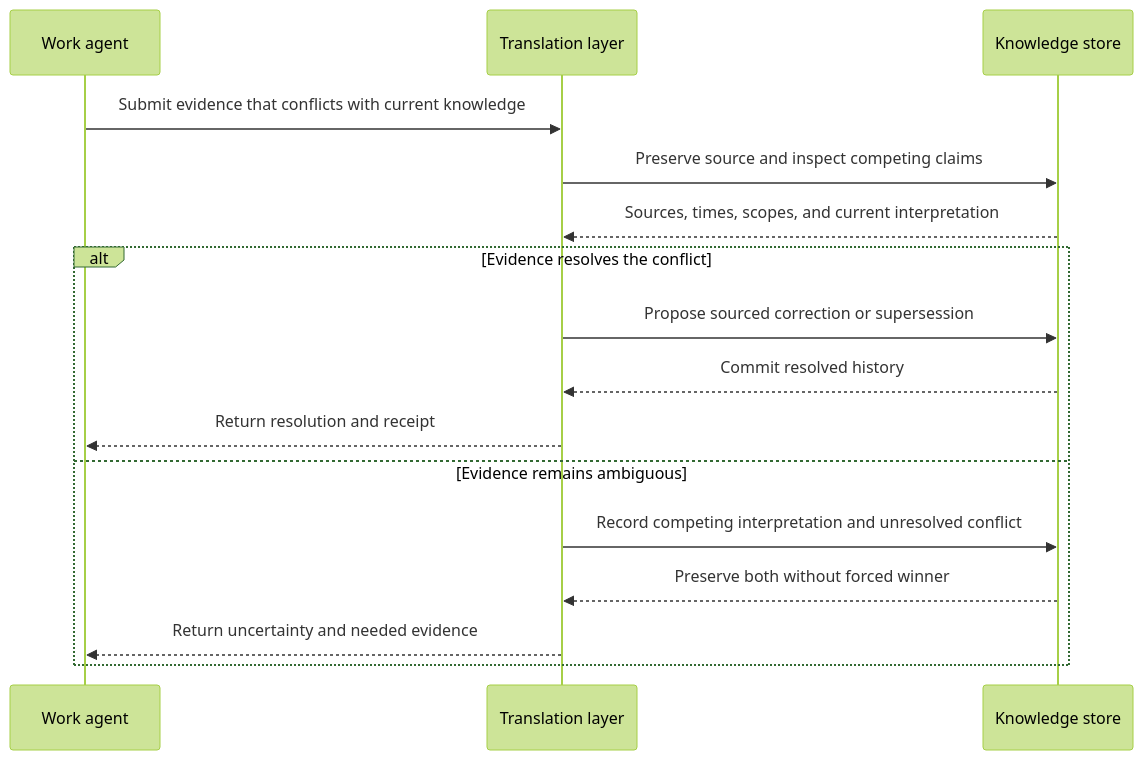
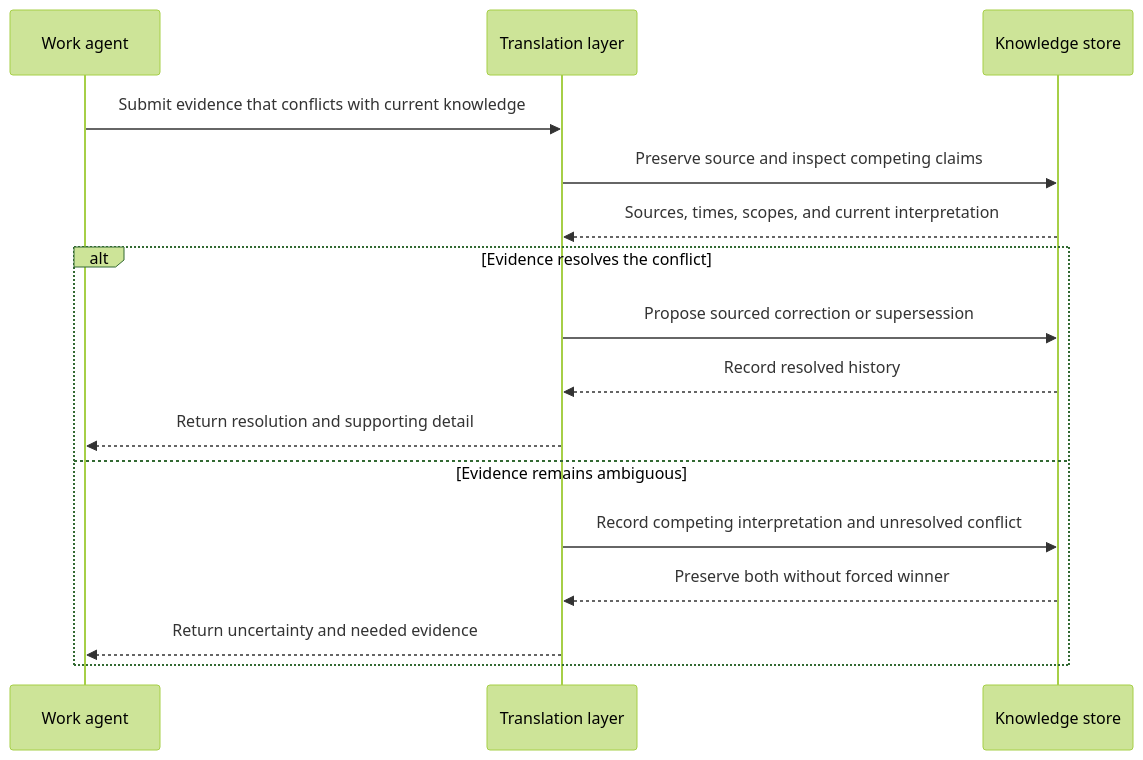
Before and after one commit to Coldaine/KNOWLEDGECRITICALSTRUCTUREPATRICKPLEASE: the fourth of 8 diagrams in docs/workflows.md, drawn with Mermaid (forest theme). The commit also changed other lines of this file and 9 other files, not shown here.

````diff
--- a/docs/workflows.md
+++ b/docs/workflows.md
@@ -167,18 +167,18 @@
 ```mermaid
 sequenceDiagram
     participant W as Work agent
     participant T as Translation layer
     participant K as Knowledge store
     W->>T: Submit evidence that conflicts with current knowledge
     T->>K: Preserve source and inspect competing claims
     K-->>T: Sources, times, scopes, and current interpretation
     alt Evidence resolves the conflict
         T->>K: Propose sourced correction or supersession
-        K-->>T: Commit resolved history
-        T-->>W: Return resolution and receipt
+        K-->>T: Record resolved history
+        T-->>W: Return resolution and supporting detail
     else Evidence remains ambiguous
         T->>K: Record competing interpretation and unresolved conflict
         K-->>T: Preserve both without forced winner
         T-->>W: Return uncertainty and needed evidence
     end
 ```
````
